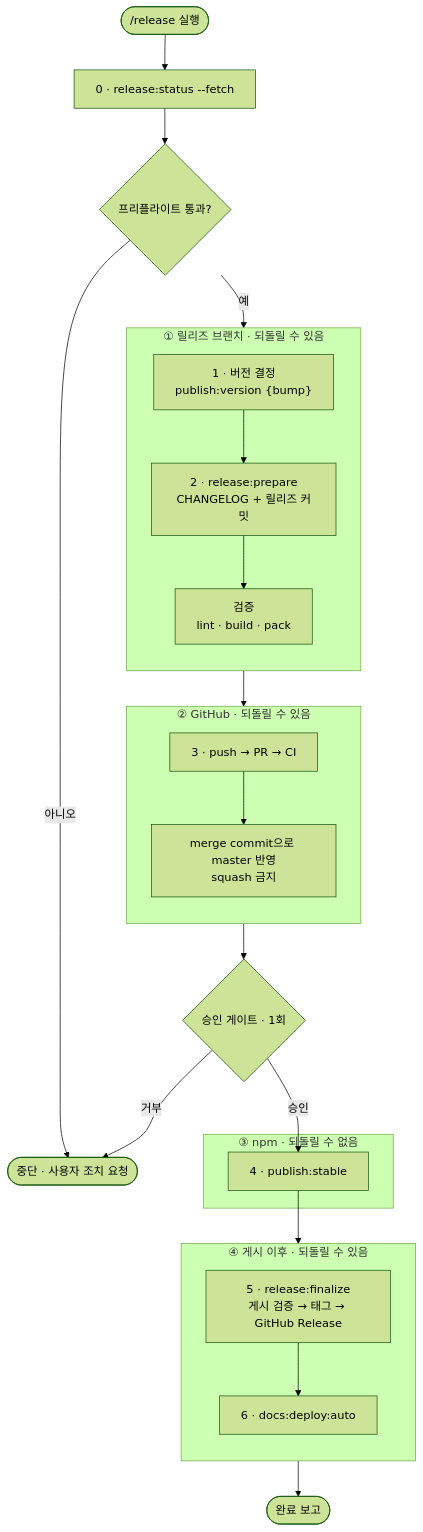
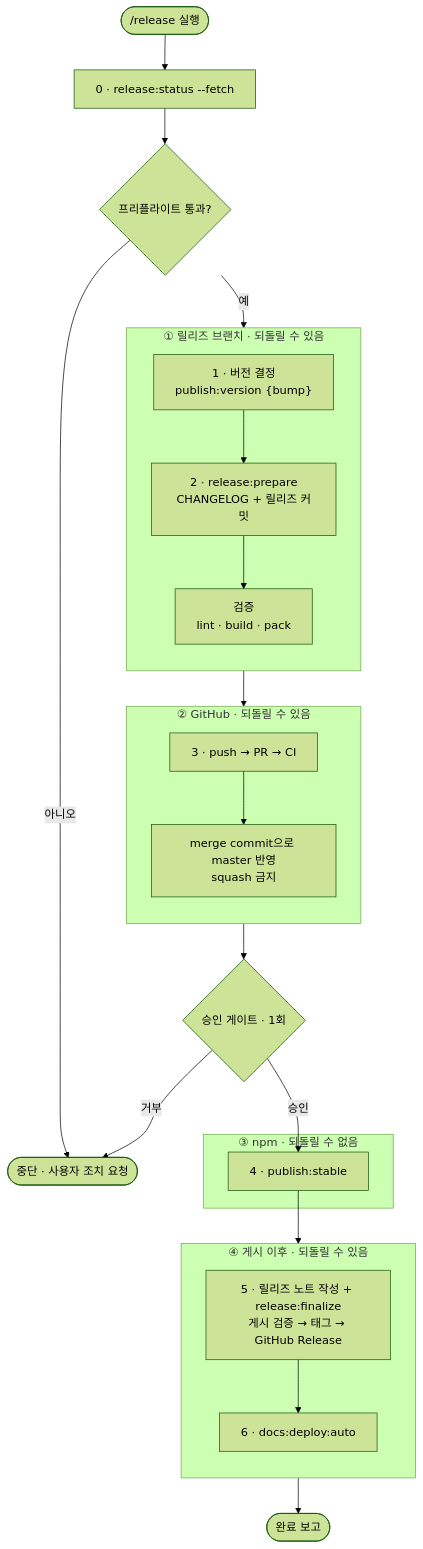
Before and after one commit to naver/egjs-flicking: the first of 2 diagrams in dev-guide/PUBLISH_GUIDE.md, drawn with Mermaid (forest theme). The commit also changed other lines of this file and 4 other files, not shown here.

First line of the commit message:
feat(release): 릴리즈 노트 Highlights 작성을 절차에 포함

````diff
--- a/dev-guide/PUBLISH_GUIDE.md
+++ b/dev-guide/PUBLISH_GUIDE.md
@@ -95,36 +95,36 @@
 ```mermaid
 flowchart TD
     A([/release 실행]) --> B["0 · release:status --fetch"]
     B --> G1{"프리플라이트 통과?"}
     G1 -->|아니오| STOP([중단 · 사용자 조치 요청])
     G1 -->|예| S1
 
     subgraph BR["① 릴리즈 브랜치 · 되돌릴 수 있음"]
         direction TB
         S1["1 · 버전 결정<br/>publish:version {bump}"] --> S2["2 · release:prepare<br/>CHANGELOG + 릴리즈 커밋"] --> S2V["검증<br/>lint · build · pack"]
     end
 
     S2V --> S3
 
     subgraph GH["② GitHub · 되돌릴 수 있음"]
         direction TB
         S3["3 · push → PR → CI"] --> S3M["merge commit으로 master 반영<br/>squash 금지"]
     end
 
     S3M --> G2{"승인 게이트 · 1회"}
     G2 -->|거부| STOP
     G2 -->|승인| S4
 
     subgraph NPMZ["③ npm · 되돌릴 수 없음"]
         S4["4 · publish:stable"]
     end
 
     S4 --> S5
 
     subgraph POST["④ 게시 이후 · 되돌릴 수 있음"]
         direction TB
-        S5["5 · release:finalize<br/>게시 검증 → 태그 → GitHub Release"] --> S6["6 · docs:deploy:auto"]
+        S5["5 · 릴리즈 노트 작성 + release:finalize<br/>게시 검증 → 태그 → GitHub Release"] --> S6["6 · docs:deploy:auto"]
     end
 
     S6 --> DONE([완료 보고])
 ```
````
